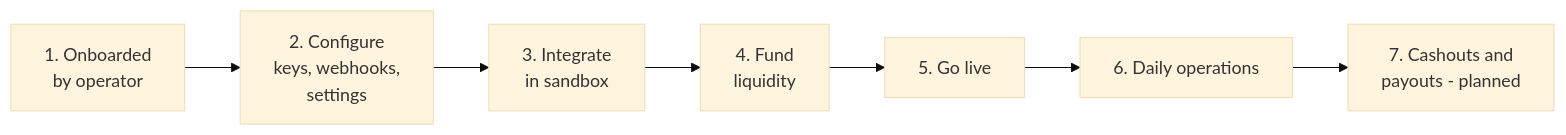
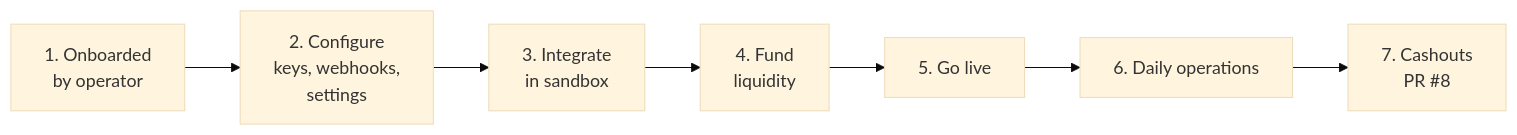
Before and after one commit to latheesh-ctrl/crypto-payment-gateway: the diagram in docs/merchant-workflow.md, drawn with Mermaid (base theme). The commit also changed other lines of this file and 4 other files, not shown here.

````diff
--- a/docs/merchant-workflow.md
+++ b/docs/merchant-workflow.md
@@ -9,9 +9,9 @@
 ```mermaid
 flowchart LR
     A[1. Onboarded<br/>by operator] --> B[2. Configure<br/>keys, webhooks,<br/>settings]
     B --> C[3. Integrate<br/>in sandbox]
     C --> D[4. Fund<br/>liquidity]
     D --> E[5. Go live]
     E --> F[6. Daily operations]
-    F --> G[7. Cashouts and<br/>payouts - planned]
+    F --> G[7. Cashouts<br/>PR #8]
 ```
````
